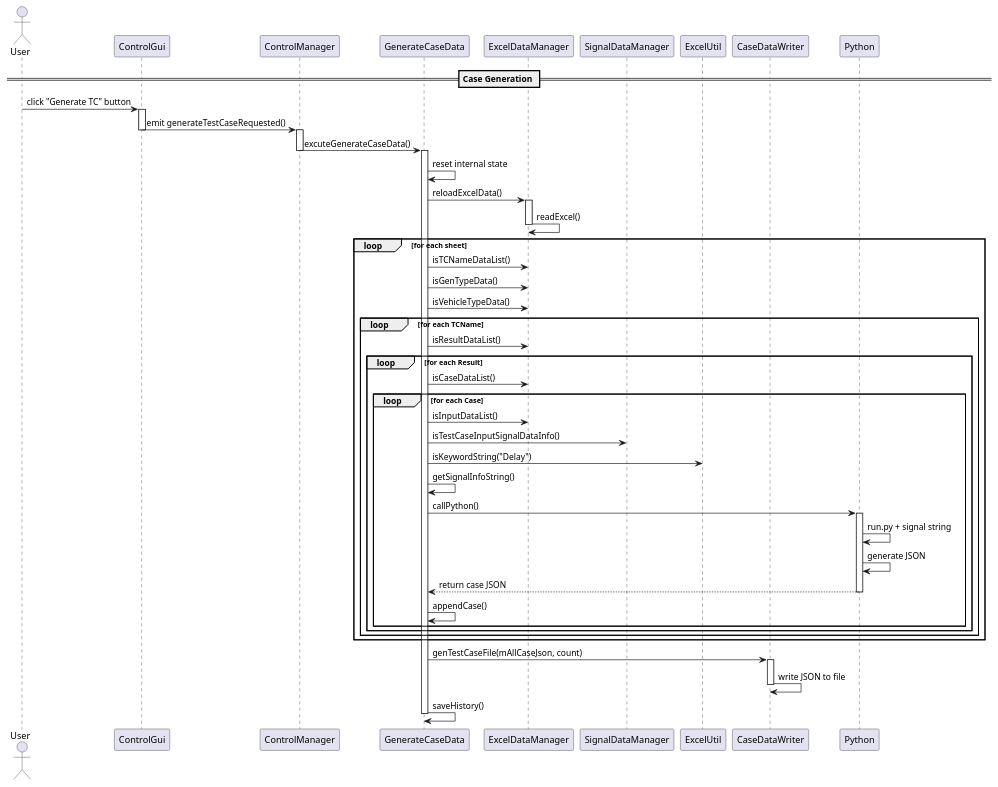
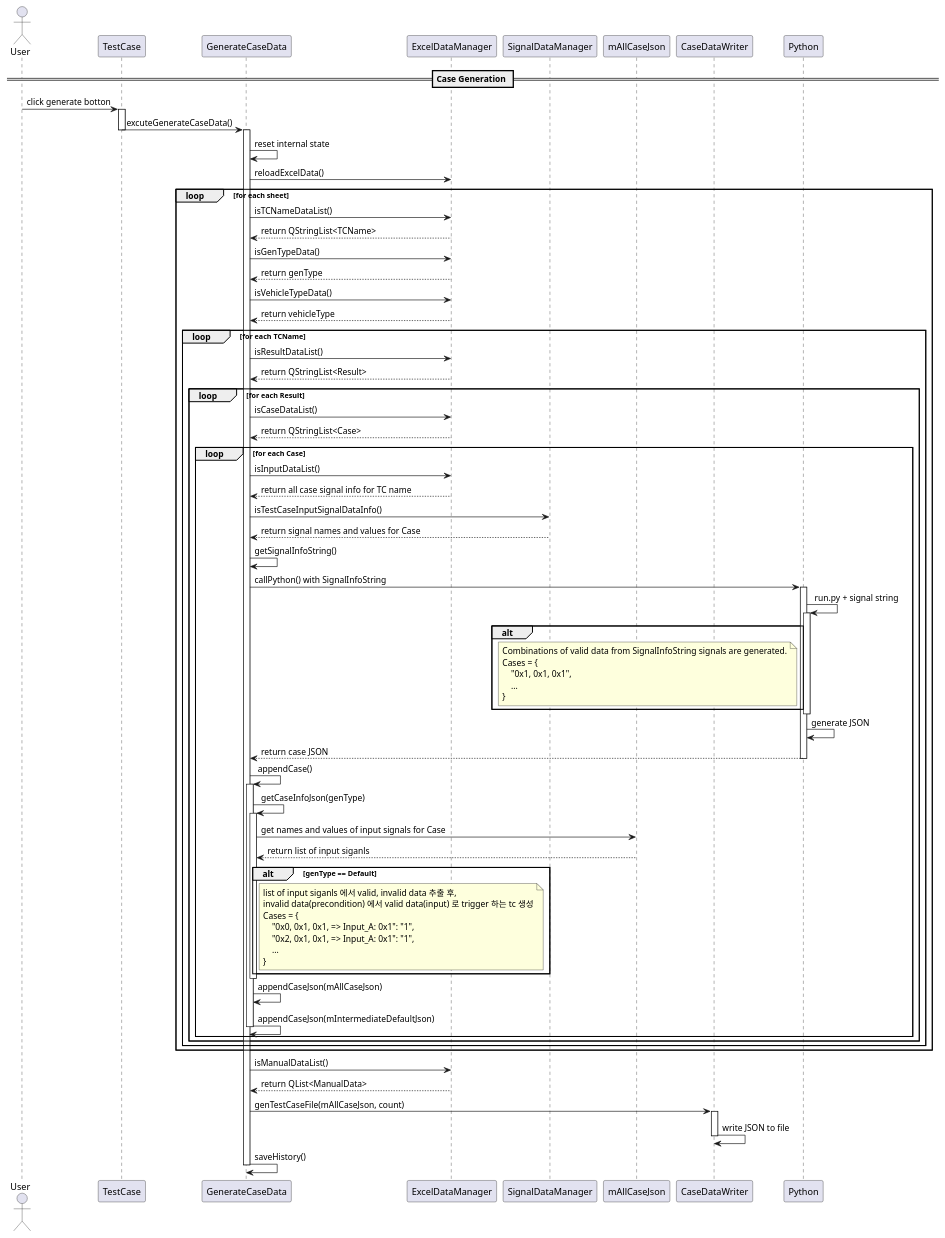
Before and after one commit to rlarudgh1997/Application: the diagram in Diagram/024_GenerateCaseData/SequenceDiagram1_CaseGeneration.plantuml, drawn with PlantUML. The commit also changed 13 other files, not shown here.

```diff
--- a/Diagram/024_GenerateCaseData/SequenceDiagram1_CaseGeneration.plantuml
+++ b/Diagram/024_GenerateCaseData/SequenceDiagram1_CaseGeneration.plantuml
@@ -1,71 +1,101 @@
 @startuml
 
 actor User order 10
-
-participant ControlGui order 20
-participant ControlManager order 30
+participant TestCase order 30
 participant GenerateCaseData order 40
 participant ExcelDataManager order 50
 participant SignalDataManager order 60
-participant ExcelUtil order 70
+participant "mAllCaseJson" as QJsonObject order 70
 participant CaseDataWriter order 80
 participant Python order 90
 
 == Case Generation ==
 
-User -> ControlGui : click "Generate TC" button
-
-activate ControlGui
-ControlGui -> ControlManager : emit generateTestCaseRequested()
-deactivate ControlGui
-
-activate ControlManager
-ControlManager -> GenerateCaseData : excuteGenerateCaseData()
-deactivate ControlManager
+User -> TestCase : click generate botton
+activate TestCase
+TestCase -> GenerateCaseData : excuteGenerateCaseData()
+deactivate TestCase
 
 activate GenerateCaseData
 GenerateCaseData -> GenerateCaseData : reset internal state
 GenerateCaseData -> ExcelDataManager : reloadExcelData()
-activate ExcelDataManager
-ExcelDataManager -> ExcelDataManager : readExcel()
-deactivate ExcelDataManager
 
 loop for each sheet
     GenerateCaseData -> ExcelDataManager : isTCNameDataList()
+    ExcelDataManager --> GenerateCaseData : return QStringList<TCName>
     GenerateCaseData -> ExcelDataManager : isGenTypeData()
+    ExcelDataManager --> GenerateCaseData : return genType
     GenerateCaseData -> ExcelDataManager : isVehicleTypeData()
+    ExcelDataManager --> GenerateCaseData : return vehicleType
 
     loop for each TCName
         GenerateCaseData -> ExcelDataManager : isResultDataList()
+        ExcelDataManager --> GenerateCaseData : return QStringList<Result>
 
         loop for each Result
             GenerateCaseData -> ExcelDataManager : isCaseDataList()
+            ExcelDataManager --> GenerateCaseData : return QStringList<Case>
 
             loop for each Case
                 GenerateCaseData -> ExcelDataManager : isInputDataList()
+                ExcelDataManager --> GenerateCaseData : return all case signal info for TC name
                 GenerateCaseData -> SignalDataManager : isTestCaseInputSignalDataInfo()
-                GenerateCaseData -> ExcelUtil : isKeywordString("Delay")
+                SignalDataManager --> GenerateCaseData : return signal names and values for Case
 
                 GenerateCaseData -> GenerateCaseData : getSignalInfoString()
-                GenerateCaseData -> Python : callPython()
+                GenerateCaseData -> Python : callPython() with SignalInfoString
                 activate Python
                 Python -> Python : run.py + signal string
+                activate Python
+                alt
+                    note left of Python
+                        Combinations of valid data from SignalInfoString signals are generated.
+                        Cases = {
+                            "0x1, 0x1, 0x1",
+                            ...
+                        }
+                    end note
+                end
+                deactivate Python
                 Python -> Python : generate JSON
                 Python --> GenerateCaseData : return case JSON
                 deactivate Python
 
                 GenerateCaseData -> GenerateCaseData : appendCase()
+                activate GenerateCaseData
+                GenerateCaseData -> GenerateCaseData : getCaseInfoJson(genType)
+                activate GenerateCaseData
+                GenerateCaseData -> QJsonObject : get names and values of input signals for Case
+                QJsonObject --> GenerateCaseData : return list of input siganls
+                alt genType == Default
+                    note right of GenerateCaseData
+                        list of input siganls 에서 valid, invalid data 추출 후,
+                        invalid data(precondition) 에서 valid data(input) 로 trigger 하는 tc 생성
+                        Cases = {
+                            "0x0, 0x1, 0x1, => Input_A: 0x1": "1",
+                            "0x2, 0x1, 0x1, => Input_A: 0x1": "1",
+                            ...
+                        }
+                    end note
+                end
+                deactivate GenerateCaseData
+                GenerateCaseData -> GenerateCaseData : appendCaseJson(mAllCaseJson)
+                GenerateCaseData -> GenerateCaseData : appendCaseJson(mIntermediateDefaultJson)
+                deactivate GenerateCaseData
             end
         end
     end
 end
+
+GenerateCaseData -> ExcelDataManager : isManualDataList()
+ExcelDataManager --> GenerateCaseData : return QList<ManualData>
 
 GenerateCaseData -> CaseDataWriter : genTestCaseFile(mAllCaseJson, count)
 activate CaseDataWriter
 CaseDataWriter -> CaseDataWriter : write JSON to file
 deactivate CaseDataWriter
 
 GenerateCaseData -> GenerateCaseData : saveHistory()
 deactivate GenerateCaseData
 
 @enduml
```
